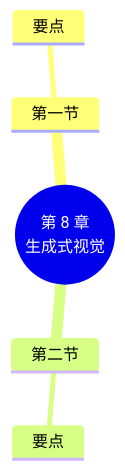
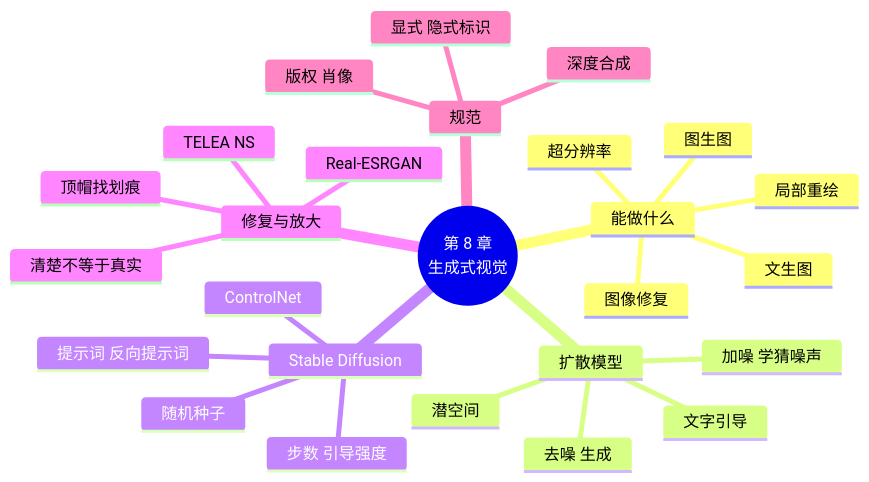
One commit to MingziFu9/cv-textbook changed the diagram in docs/chapters/08-generative/index.md. Above: the diagram before and after it, drawn with Mermaid. The commit also changed other lines of this file and 36 other files, not shown here.

First line of the commit message:
第 8 章生成式视觉：正文、超分辨率与老照片修补实验（实测）、Stable Diffusion 两个实验（待云端实测）、加噪去噪和放大对比动画、术语

````diff
--- a/docs/chapters/08-generative/index.md
+++ b/docs/chapters/08-generative/index.md
@@ -227,8 +666,29 @@
 ```mermaid
 mindmap
   root((第 8 章<br/>生成式视觉))
-    第一节
-      要点
-    第二节
-      要点
+    能做什么
+      文生图
+      图生图
+      局部重绘
+      图像修复
+      超分辨率
+    扩散模型
+      加噪 学猜噪声
+      去噪 生成
+      潜空间
+      文字引导
+    Stable Diffusion
+      提示词 反向提示词
+      步数 引导强度
+      随机种子
+      ControlNet
+    修复与放大
+      TELEA NS
+      顶帽找划痕
+      Real-ESRGAN
+      清楚不等于真实
+    规范
+      显式 隐式标识
+      深度合成
+      版权 肖像
 ```
````
